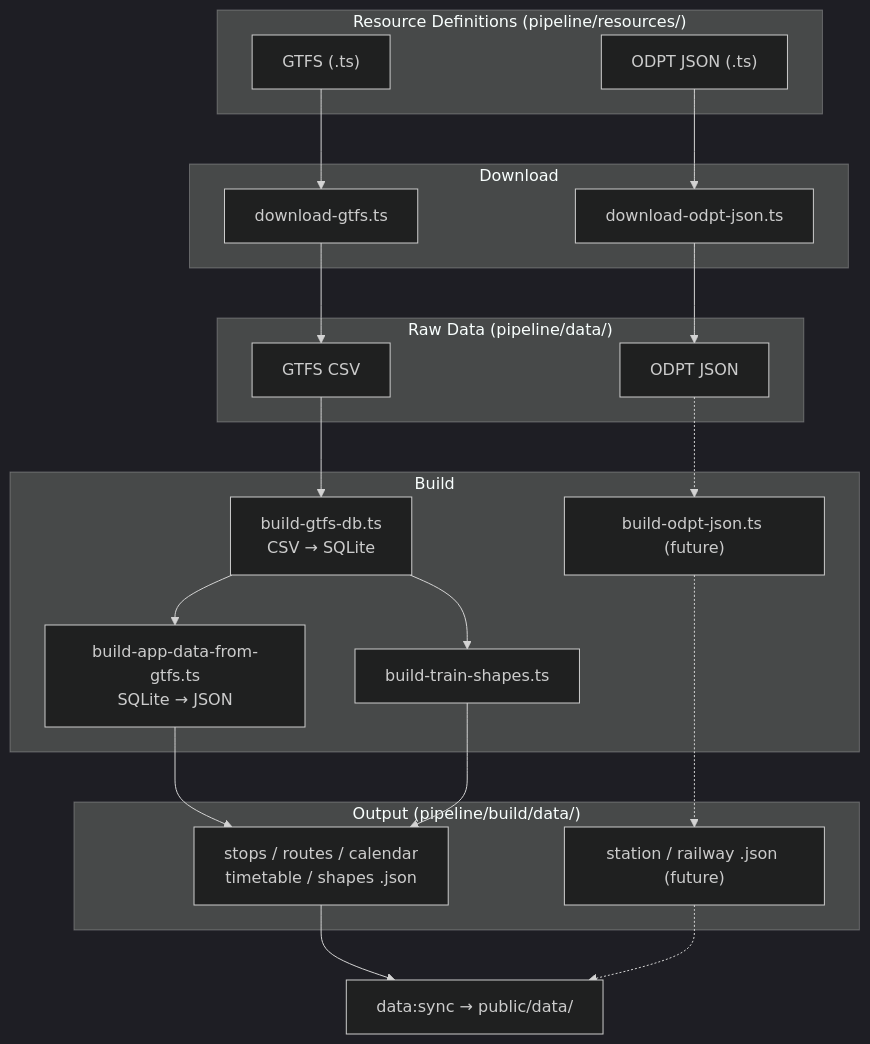
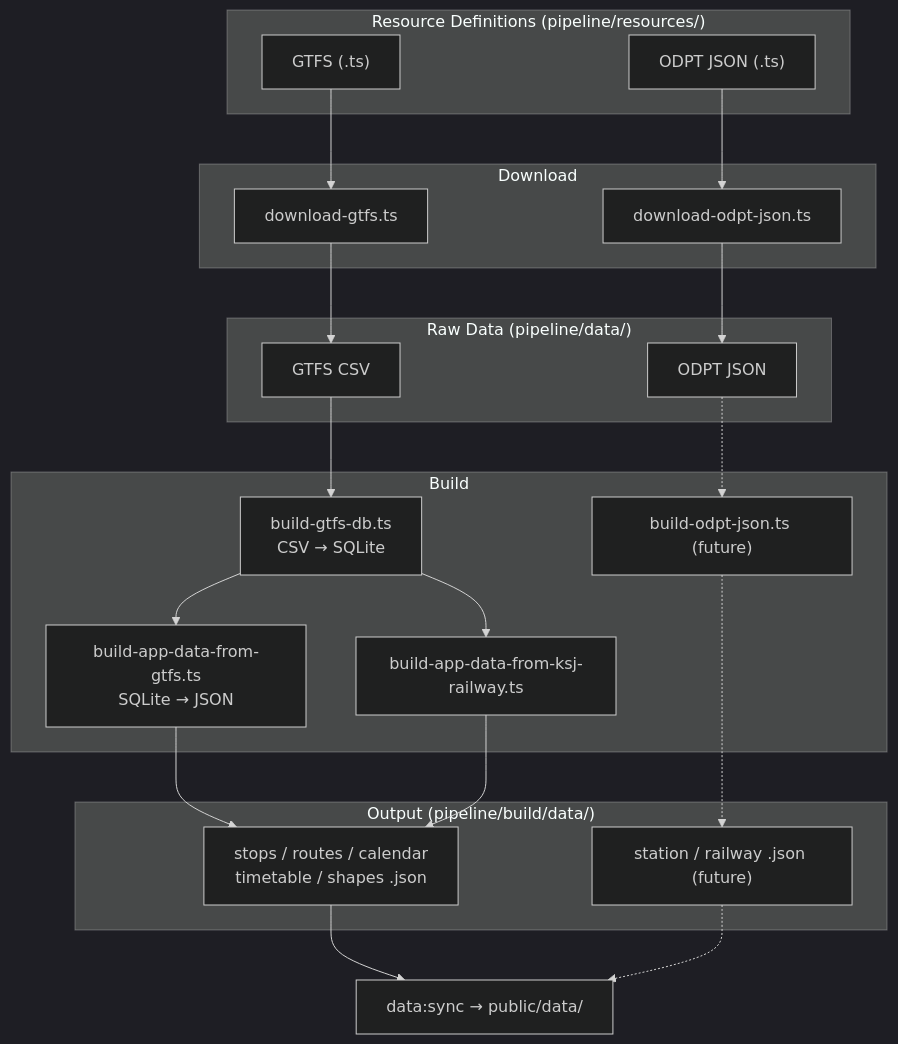
Before and after one commit to F88/athenai-transit: the diagram in pipeline/README.md, drawn with Mermaid (dark theme). The commit also changed other lines of this file, not shown here.

````diff
--- a/pipeline/README.md
+++ b/pipeline/README.md
@@ -32,33 +56,33 @@
 ```mermaid
 flowchart TD
     subgraph src["Resource Definitions (pipeline/resources/)"]
         GR["GTFS (.ts)"]
         OR["ODPT JSON (.ts)"]
     end
 
     subgraph dl["Download"]
         GR --> DG["download-gtfs.ts"]
         OR --> DO["download-odpt-json.ts"]
     end
 
     subgraph raw["Raw Data (pipeline/data/)"]
         DG --> CSV["GTFS CSV"]
         DO --> OJSON["ODPT JSON"]
     end
 
     subgraph build["Build"]
         CSV --> DB["build-gtfs-db.ts<br/>CSV → SQLite"]
         DB --> BJ["build-app-data-from-gtfs.ts<br/>SQLite → JSON"]
-        DB --> BS["build-train-shapes.ts"]
+        DB --> BS["build-app-data-from-ksj-railway.ts"]
         OJSON -.-> BO["build-odpt-json.ts (future)"]
     end
 
     subgraph out["Output (pipeline/build/data/)"]
         BJ --> JSON["stops / routes / calendar<br/>timetable / shapes .json"]
         BS --> JSON
         BO -.-> JSON2["station / railway .json (future)"]
     end
 
     JSON --> SYNC["data:sync → public/data/"]
     JSON2 -.-> SYNC
 ```
````
